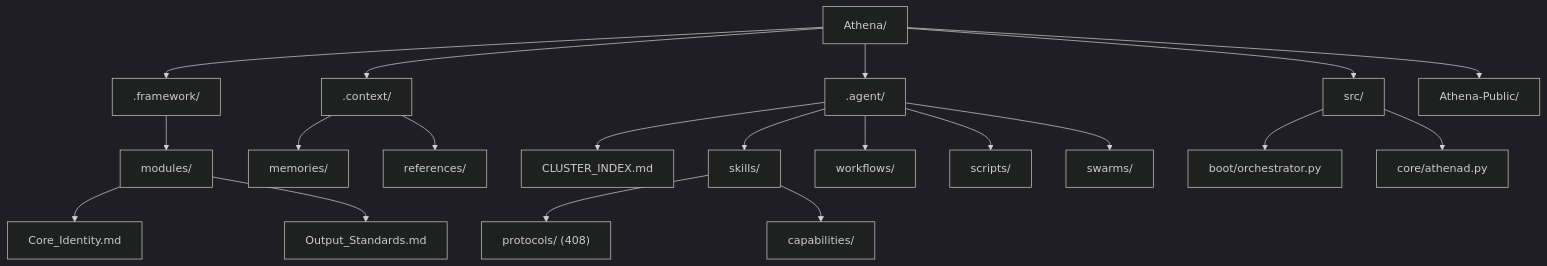
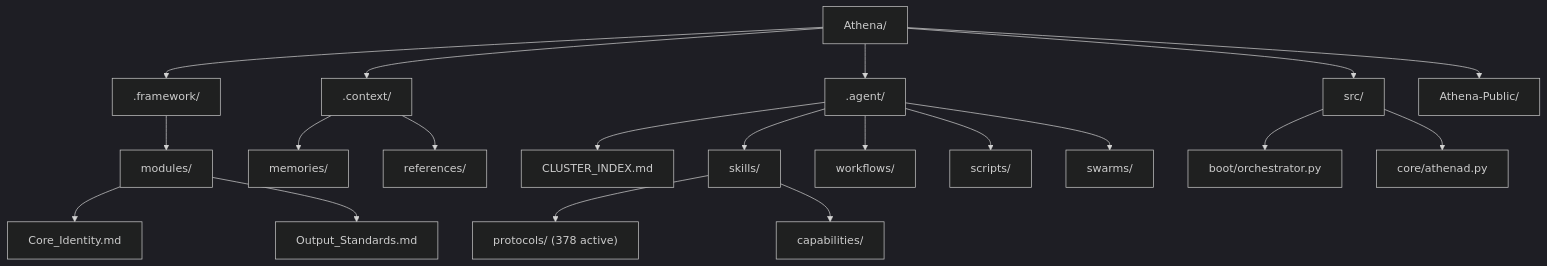
One commit to agent-memory-atlas-archive/winstonkoh87--Athena-Public changed the first of 9 diagrams in docs/ARCHITECTURE.md. Above: the diagram before and after it, drawn with Mermaid (dark theme). The commit also changed other lines of this file and 4 other files, not shown here.

````diff
--- a/docs/ARCHITECTURE.md
+++ b/docs/ARCHITECTURE.md
@@ -101,27 +101,27 @@
 ```mermaid
 graph TD
     ROOT[Athena/] --> FRAMEWORK[.framework/]
     ROOT --> CONTEXT[.context/]
     ROOT --> AGENT[.agent/]
     ROOT --> SRC[src/]
     ROOT --> PUBLIC[Athena-Public/]
 
     FRAMEWORK --> FW_MODULES[modules/]
     FW_MODULES --> CORE_ID[Core_Identity.md]
     FW_MODULES --> OUTPUT[Output_Standards.md]
 
     CONTEXT --> MEMORIES[memories/]
     CONTEXT --> REFS[references/]
 
     AGENT --> CLUSTER_IDX[CLUSTER_INDEX.md]
     AGENT --> SKILLS[skills/]
     AGENT --> WORKFLOWS[workflows/]
     AGENT --> SCRIPTS[scripts/]
     AGENT --> SWARMS[swarms/]
 
-    SKILLS --> PROTOCOLS["protocols/ (408)"]
+    SKILLS --> PROTOCOLS["protocols/ (378 active)"]
     SKILLS --> CAPS[capabilities/]
 
     SRC --> BOOT[boot/orchestrator.py]
     SRC --> CORE[core/athenad.py]
 ```
````
